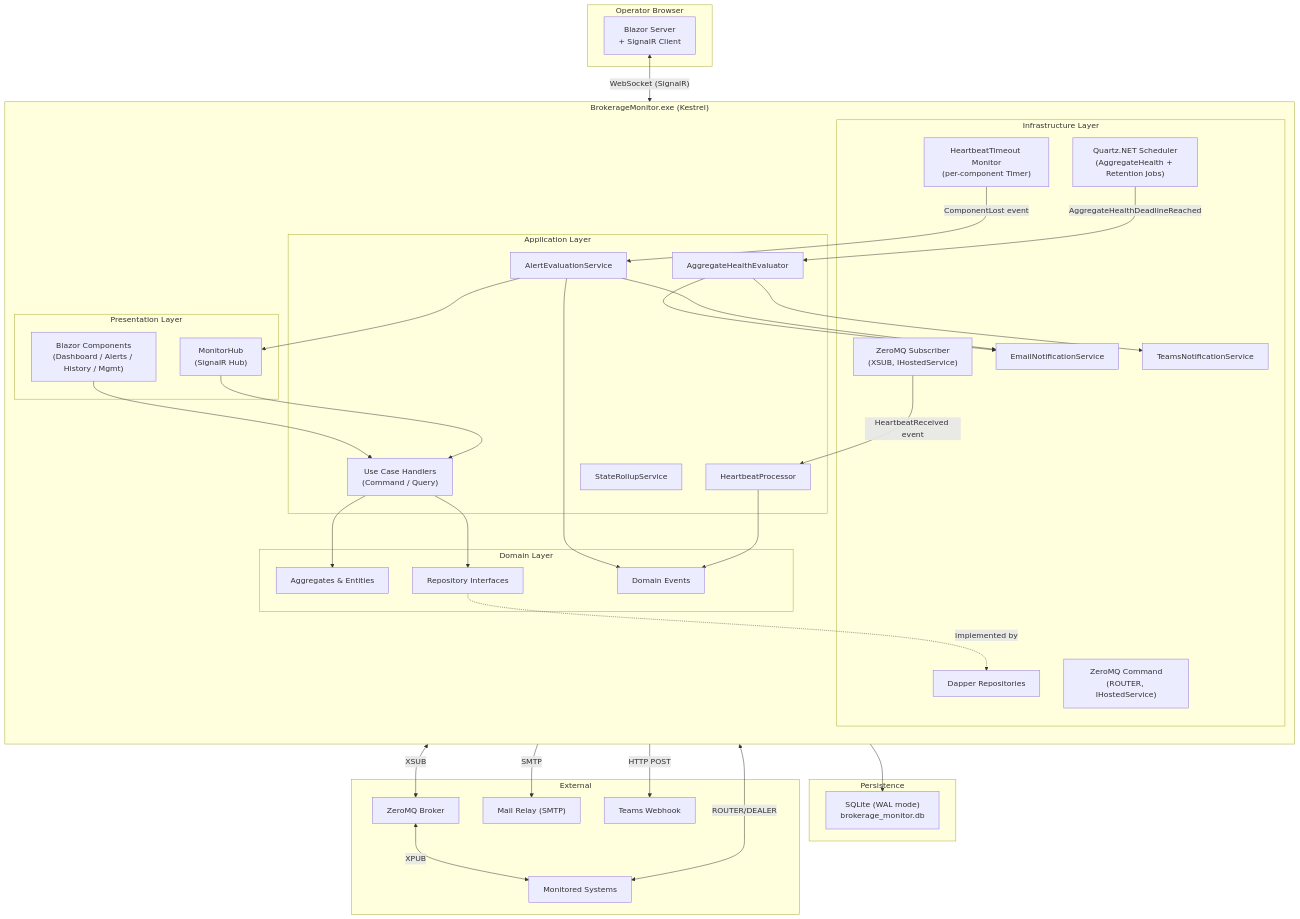
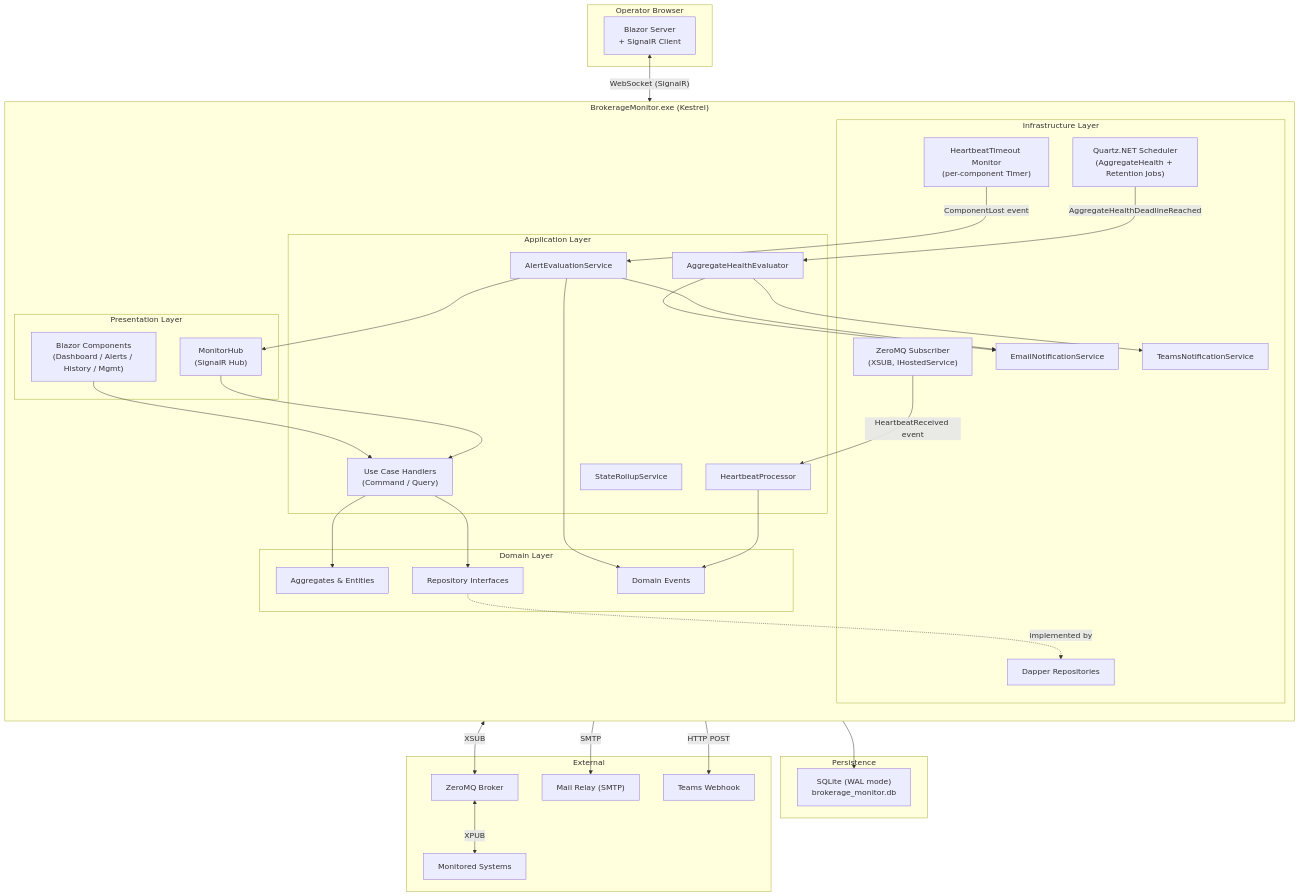
Before and after one commit to wutse/SysMA: the fourth of 8 diagrams in docs/architecture/BrokerageMonitoringPlatform.design.md, drawn with Mermaid. The commit also changed other lines of this file and 3 other files, not shown here.

````diff
--- a/docs/architecture/BrokerageMonitoringPlatform.design.md
+++ b/docs/architecture/BrokerageMonitoringPlatform.design.md
@@ -522,73 +504,71 @@
 ```mermaid
 %%  C4 Container Diagram — Brokerage Monitor Station
 graph TB
   subgraph BROWSER["Operator Browser"]
     BR["Blazor Server<br/>+ SignalR Client"]
   end
 
   subgraph APP["BrokerageMonitor.exe (Kestrel)"]
     direction TB
 
     subgraph PRESENT["Presentation Layer"]
       HUB["MonitorHub<br/>(SignalR Hub)"]
       BLAZ["Blazor Components<br/>(Dashboard / Alerts / History / Mgmt)"]
     end
 
     subgraph APPSVR["Application Layer"]
       UC["Use Case Handlers<br/>(Command / Query)"]
       AES["AlertEvaluationService"]
       HBP["HeartbeatProcessor"]
       SR["StateRollupService"]
       AHE["AggregateHealthEvaluator"]
     end
 
     subgraph INFRA["Infrastructure Layer"]
       ZSS["ZeroMQ Subscriber<br/>(XSUB, IHostedService)"]
-      ZCS["ZeroMQ Command<br/>(ROUTER, IHostedService)"]
       HTM["HeartbeatTimeout Monitor<br/>(per-component Timer)"]
       QTZ["Quartz.NET Scheduler<br/>(AggregateHealth + Retention Jobs)"]
       REPO["Dapper Repositories"]
       ENS["EmailNotificationService"]
       TNS["TeamsNotificationService"]
     end
 
     subgraph DOMAIN["Domain Layer"]
       AGG["Aggregates & Entities"]
       EVT["Domain Events"]
       IFC["Repository Interfaces"]
     end
   end
 
   subgraph STORAGE["Persistence"]
     DB["SQLite (WAL mode)<br/>brokerage_monitor.db"]
   end
 
   subgraph EXTERNAL["External"]
     ZB["ZeroMQ Broker"]
     MON["Monitored Systems"]
     MR["Mail Relay (SMTP)"]
     MST["Teams Webhook"]
   end
 
   BR <-->|"WebSocket (SignalR)"| HUB
   BLAZ --> UC
   HUB --> UC
   UC --> AGG
   UC --> IFC
   AES --> EVT
   HBP --> EVT
   ZSS -->|"HeartbeatReceived event"| HBP
-  ZCS <-->|"ROUTER/DEALER"| MON
   HTM -->|"ComponentLost event"| AES
   QTZ -->|"AggregateHealthDeadlineReached"| AHE
   REPO --> DB
   IFC -.->|"implemented by"| REPO
   ENS -->|"SMTP"| MR
   TNS -->|"HTTP POST"| MST
   ZSS <-->|"XSUB"| ZB
   ZB <-->|"XPUB"| MON
   AHE --> ENS
   AHE --> TNS
   AES --> ENS
   AES --> HUB
 ```
````
